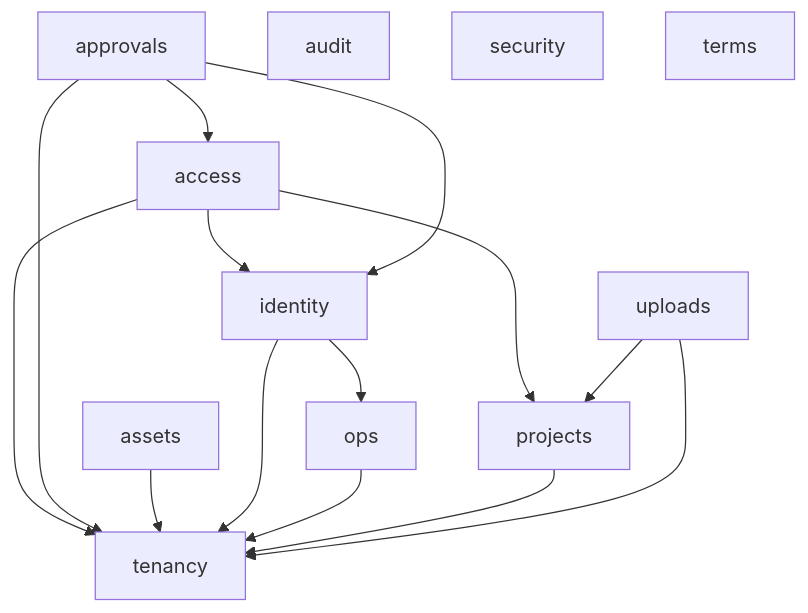
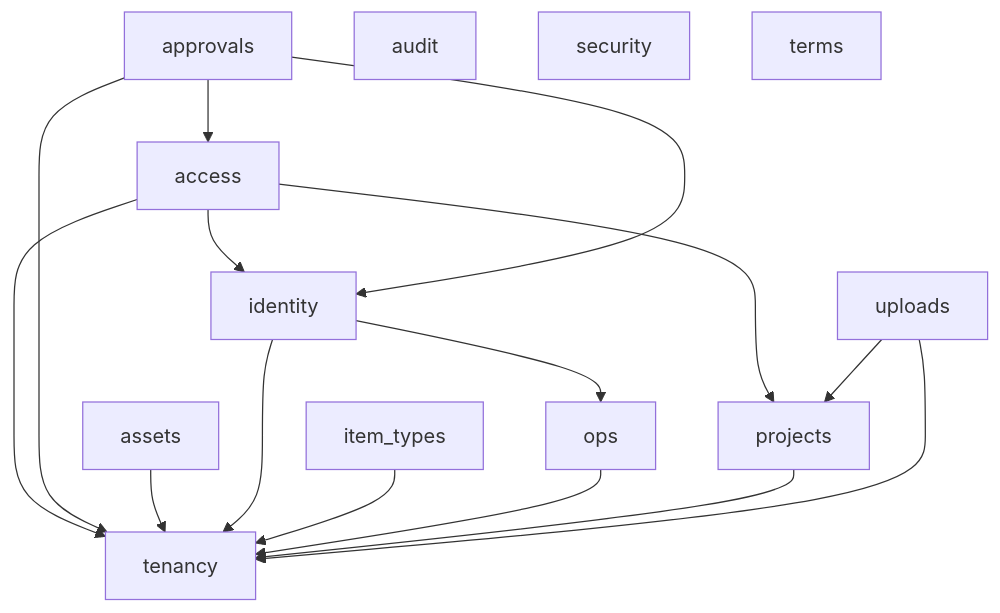
Before and after one commit to kingdonk-ops/Project-AIP: the diagram in docs/architecture/module-map.md, drawn with Mermaid. The commit also changed other lines of this file, not shown here.

First line of the commit message:
docs(item_types): regenerate the module map for the new module

````diff
--- a/docs/architecture/module-map.md
+++ b/docs/architecture/module-map.md
@@ -26,20 +27,21 @@
 ```mermaid
 graph TD
     access --> identity
     access --> projects
     access --> tenancy
     approvals --> access
     approvals --> identity
     approvals --> tenancy
     assets --> tenancy
     audit
     identity --> ops
     identity --> tenancy
+    item_types --> tenancy
     ops --> tenancy
     projects --> tenancy
     security
     tenancy
     terms
     uploads --> projects
     uploads --> tenancy
 ```
````
